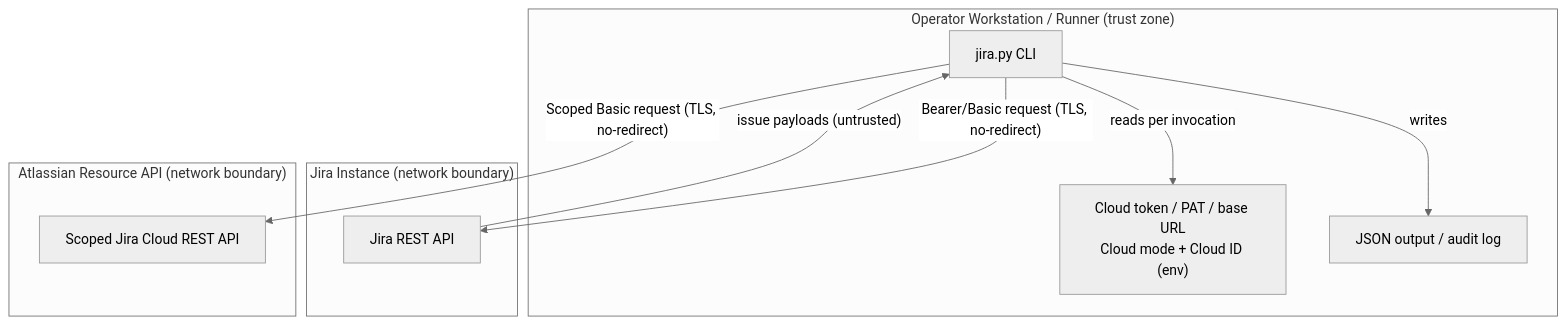
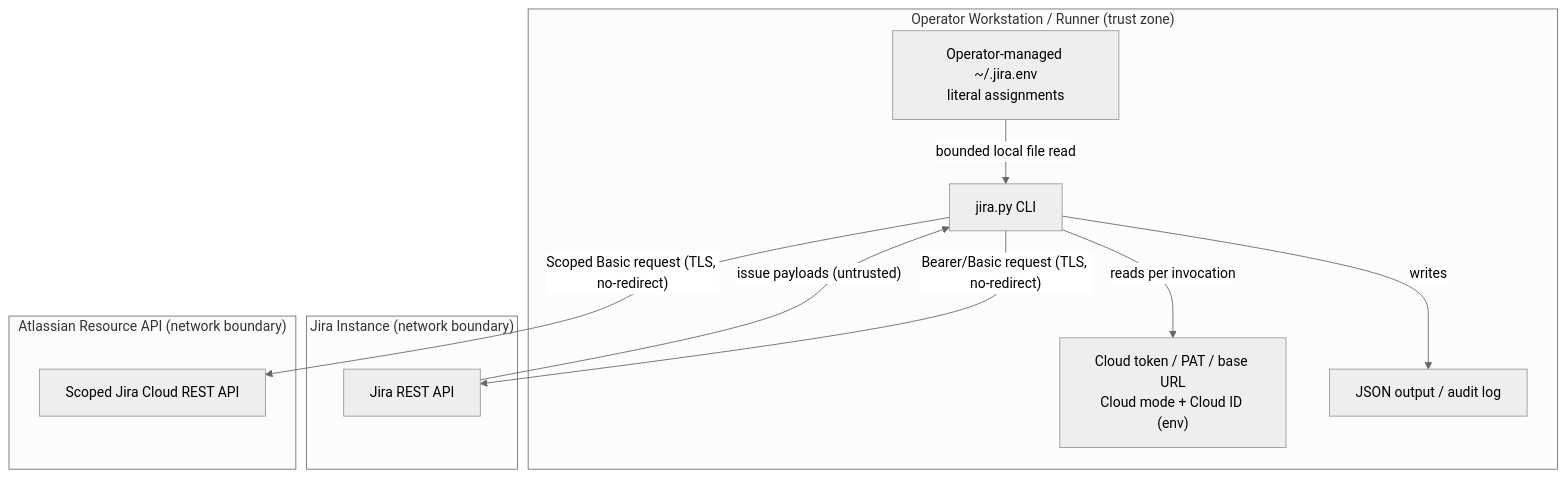
One commit to microsoft/hve-core changed the diagram in .github/skills/project-planning/jira/SECURITY.md. Above: the diagram before and after it, drawn with Mermaid (neutral theme). The commit also changed other lines of this file and 11 other files, not shown here.

````diff
--- a/.github/skills/project-planning/jira/SECURITY.md
+++ b/.github/skills/project-planning/jira/SECURITY.md
@@ -64,19 +64,21 @@
 ```mermaid
 flowchart TD
     subgraph HOST["Operator Workstation / Runner (trust zone)"]
         CLI["jira.py CLI"]
         ENVCRED["Cloud token / PAT / base URL<br/>Cloud mode + Cloud ID (env)"]
+        ENVFILE["Operator-managed ~/.jira.env<br/>literal assignments"]
         OUT["JSON output / audit log"]
     end
     subgraph JIRA["Jira Instance (network boundary)"]
         API["Jira REST API"]
     end
     subgraph ATLASSIAN["Atlassian Resource API (network boundary)"]
         SCOPED["Scoped Jira Cloud REST API"]
     end
+    ENVFILE -->|"bounded local file read"| CLI
     CLI -->|"reads per invocation"| ENVCRED
     CLI -->|"Bearer/Basic request (TLS, no-redirect)"| API
     CLI -->|"Scoped Basic request (TLS, no-redirect)"| SCOPED
     API -->|"issue payloads (untrusted)"| CLI
     CLI -->|"writes"| OUT
 ```
````
